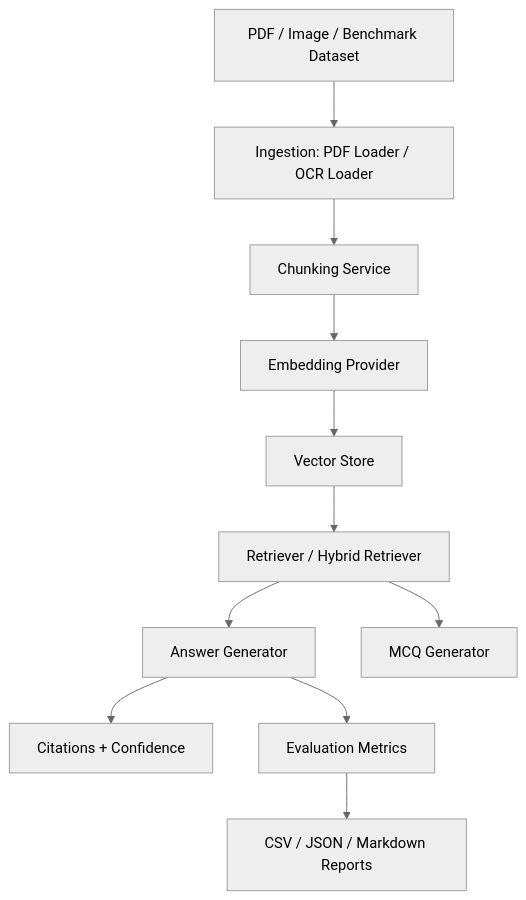
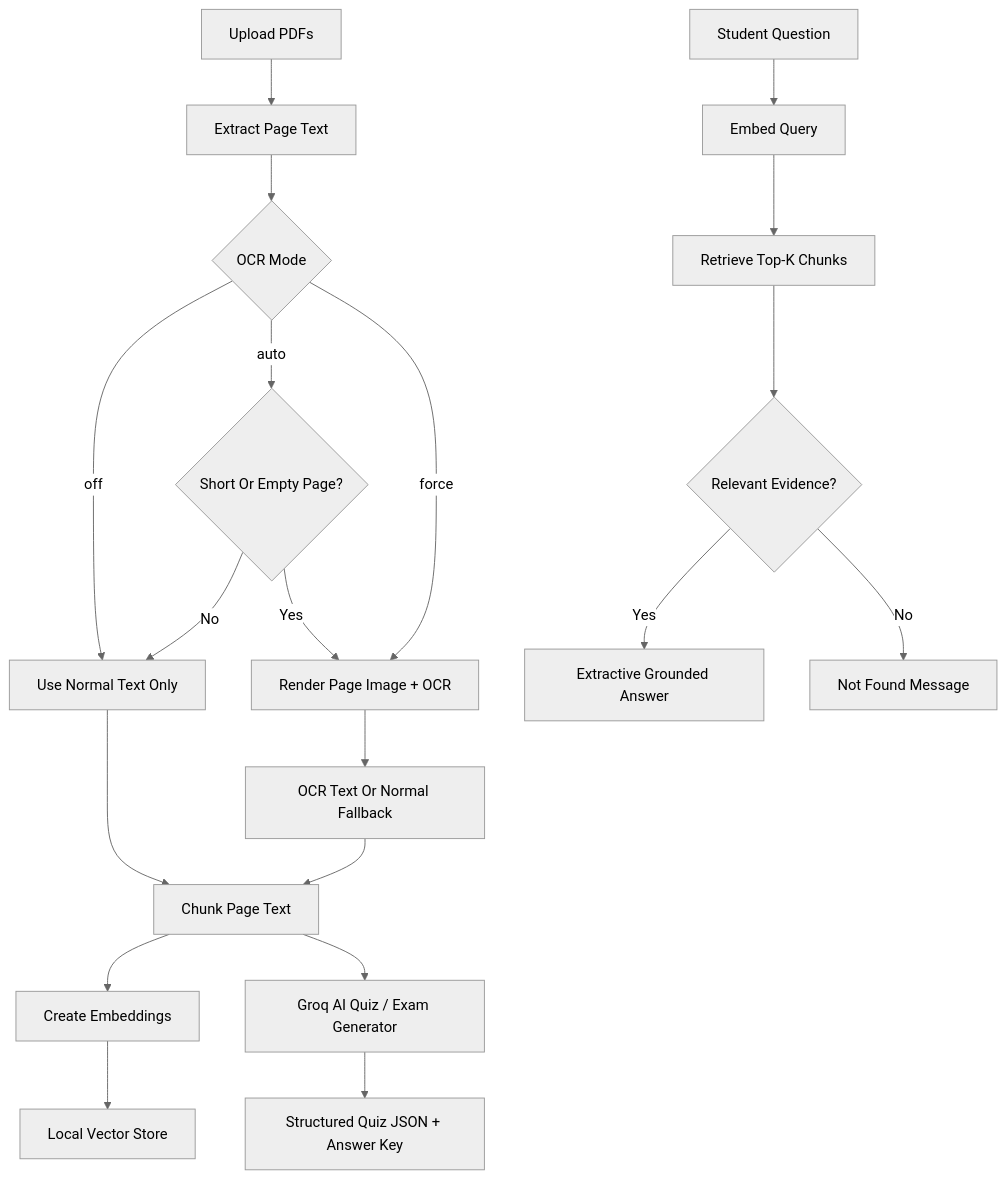
Before and after one commit to nechamirab/SmartStudyAssistant: the diagram in README.md, drawn with Mermaid (neutral theme). The commit also changed other lines of this file and 77 other files, not shown here.

Commit message:
focus app on PDF RAG exam workflow

````diff
--- a/README.md
+++ b/README.md
@@ -29,13 +81,22 @@
 ```mermaid
 flowchart TD
-    A[PDF / Image / Benchmark Dataset] --> B[Ingestion: PDF Loader / OCR Loader]
-    B --> C[Chunking Service]
-    C --> D[Embedding Provider]
-    D --> E[Vector Store]
-    E --> F[Retriever / Hybrid Retriever]
-    F --> G[Answer Generator]
-    F --> H[MCQ Generator]
-    G --> I[Citations + Confidence]
-    G --> J[Evaluation Metrics]
-    J --> K[CSV / JSON / Markdown Reports]
+    A[Upload PDFs] --> B[Extract Page Text]
+    B --> C{OCR Mode}
+    C -->|off| D[Use Normal Text Only]
+    C -->|auto| E{Short Or Empty Page?}
+    C -->|force| F[Render Page Image + OCR]
+    E -->|No| D
+    E -->|Yes| F
+    F --> G[OCR Text Or Normal Fallback]
+    D --> H[Chunk Page Text]
+    G --> H
+    H --> I[Create Embeddings]
+    I --> J[Local Vector Store]
+    K[Student Question] --> L[Embed Query]
+    L --> M[Retrieve Top-K Chunks]
+    M --> N{Relevant Evidence?}
+    N -->|Yes| O[Extractive Grounded Answer]
+    N -->|No| P[Not Found Message]
+    H --> Q[Groq AI Quiz / Exam Generator]
+    Q --> R[Structured Quiz JSON + Answer Key]
 ```
````
